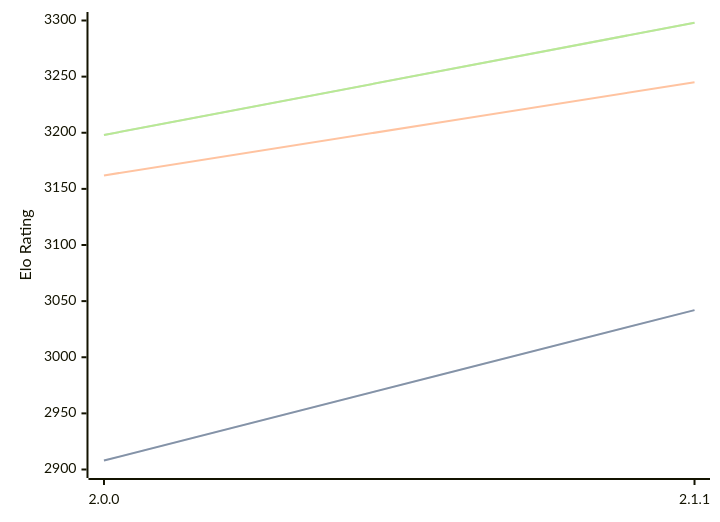
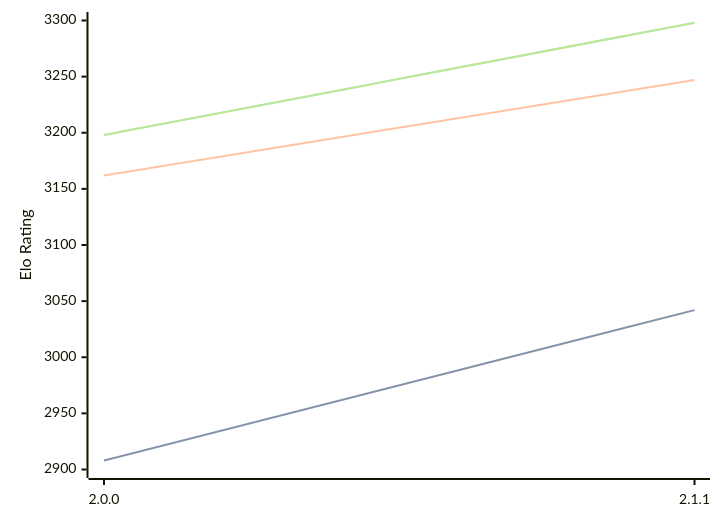
One commit to computer-chess-index/cci changed the diagram in engines/Bread.md. Above: the diagram before and after it, drawn with Mermaid. The commit also changed other lines of this file, not shown here.

````diff
--- a/engines/Bread.md
+++ b/engines/Bread.md
@@ -48,11 +48,11 @@
 ```mermaid
 %%{init: {"theme":"base","themeVariables":{"seriesColors:['#a3a3a3','#222221','#faa371']}}}%%
 xychart-beta
   x-axis ["2.0.0", "2.1.1"]
   y-axis "Elo Rating" 2900 --> 3300
   line "STC (8.0+0.08s)" [2908, 3042]
   line "STC (8.0+0.08s)" [2908, 3042]
-  line "LTC (60.0+0.60s)" [3162, 3245]
+  line "LTC (60.0+0.60s)" [3162, 3247]
   line "VLTC (2m24s+1.12s)" [3198, 3298]
   line "VLTC (2m24s+1.12s)" [3198, 3298]
 ```
````
